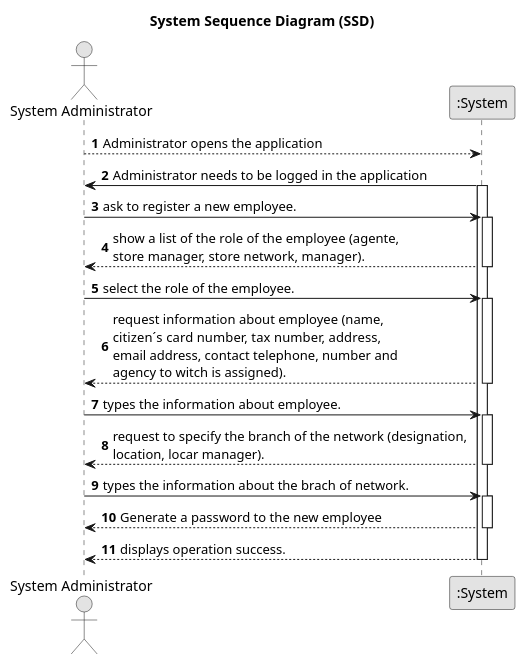
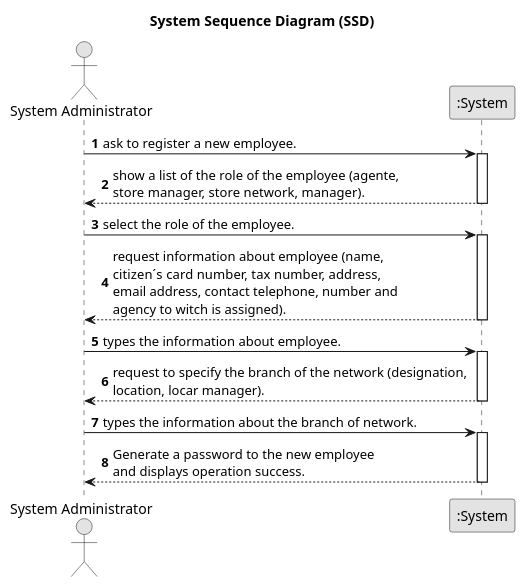
Before and after one commit to 1220812/LAPR2: the diagram in docs/sprintA/us003/01.requirements-engineering/puml/us003-system-sequence-diagram-alternative-one.puml, drawn with PlantUML. The commit also changed 2 other files, not shown here.

```diff
--- a/docs/sprintA/us003/01.requirements-engineering/puml/us003-system-sequence-diagram-alternative-one.puml
+++ b/docs/sprintA/us003/01.requirements-engineering/puml/us003-system-sequence-diagram-alternative-one.puml
@@ -1,44 +1,36 @@
 @startuml
 skinparam monochrome true
 skinparam packageStyle rectangle
 skinparam shadowing false
 
 title System Sequence Diagram (SSD)
 
 autonumber
 
 actor "System Administrator" as Employee
 participant ":System" as System
-
-System <-- Employee :  Administrator opens the application
-         deactivate System
- Employee <- System :  Administrator needs to be logged in the application
-        activate System
 
     Employee -> System : ask to register a new employee.
     activate System
 
         System --> Employee : show a list of the role of the employee (agente, \nstore manager, store network, manager).
 
     deactivate System
 
     Employee -> System : select the role of the employee.
     activate System
 
         System --> Employee : request information about employee (name, \ncitizen´s card number, tax number, address, \nemail address, contact telephone, number and \nagency to witch is assigned).
     deactivate System
 
     Employee -> System : types the information about employee.
     activate System
 
         System --> Employee : request to specify the branch of the network (designation, \nlocation, locar manager).
     deactivate System
 
-    Employee -> System : types the information about the brach of network.
+    Employee -> System : types the information about the branch of network.
     activate System
-    System --> Employee : Generate a password to the new employee
+    System --> Employee : Generate a password to the new employee \nand displays operation success.
             deactivate System
-
-        System --> Employee : displays operation success.
-    deactivate System
 @enduml
```
